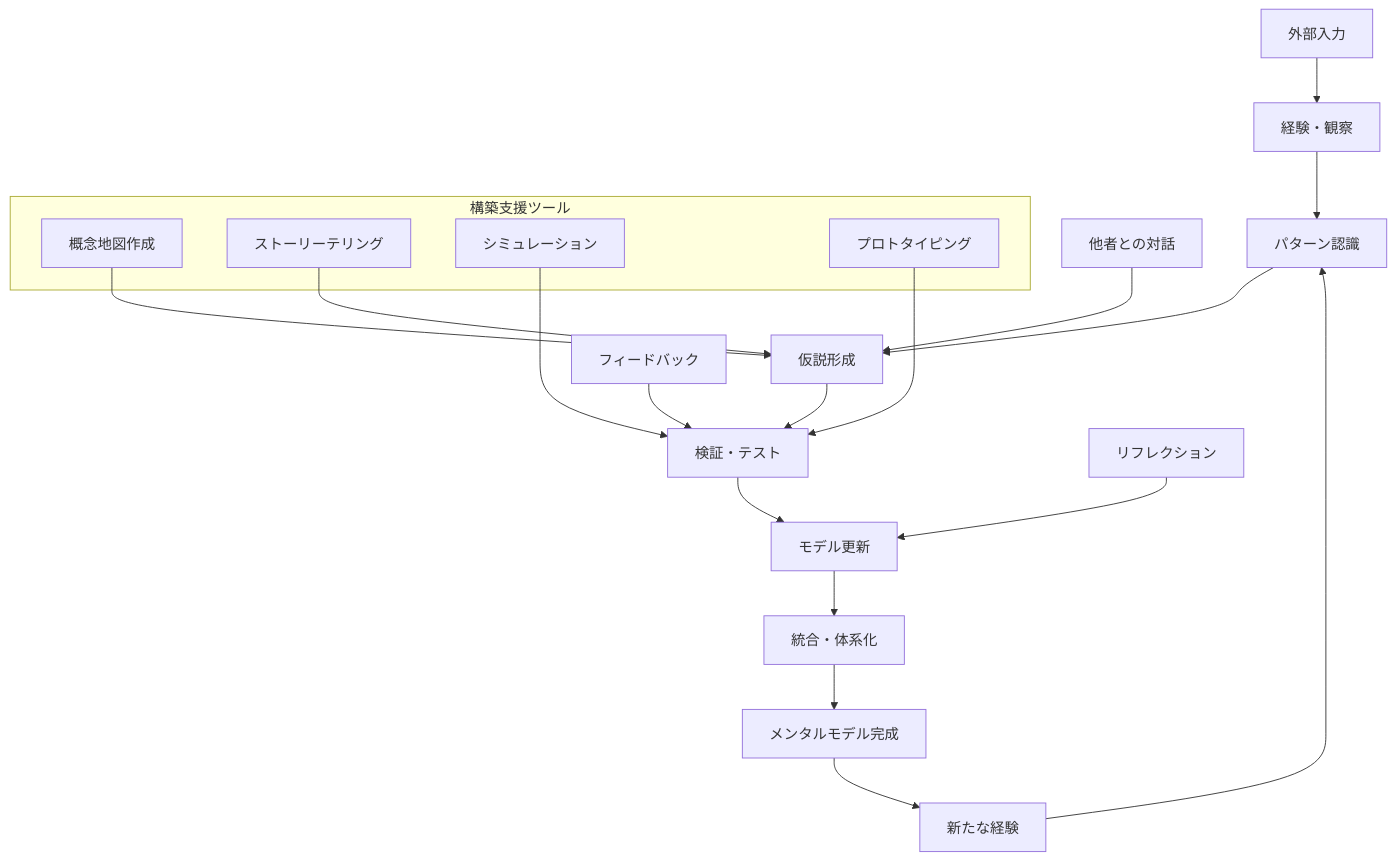
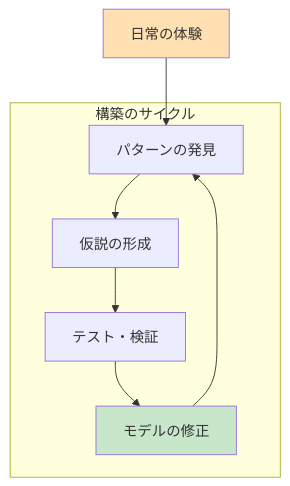
Before and after one commit to SparklingDetergent/doc_genai_mental_model: the fifth of 14 diagrams in README.md, drawn with Mermaid. The commit also changed other lines of this file, not shown here.

````diff
--- a/README.md
+++ b/README.md
@@ -106,33 +128,18 @@
 ```mermaid
 flowchart TD
-    A[経験・観察] --> B[パターン認識]
-    B --> C[仮説形成]
-    C --> D[検証・テスト]
-    D --> E[モデル更新]
-    E --> F[統合・体系化]
+    A[日常の体験] --> B[パターンの発見]
+    B --> C[仮説の形成]
+    C --> D[テスト・検証]
+    D --> E[モデルの修正]
+    E --> B
     
-    F --> G[メンタルモデル完成]
-    G --> H[新たな経験]
-    H --> B
-    
-    I[外部入力] --> A
-    J[他者との対話] --> C
-    K[フィードバック] --> D
-    L[リフレクション] --> E
-    
-    subgraph "構築支援ツール"
-        M[概念地図作成]
-        N[ストーリーテリング]
-        O[シミュレーション]
-        P[プロトタイピング]
+    subgraph "構築のサイクル"
+        B
+        C
+        D
+        E
     end
     
-    M --> C
-    N --> C
-    O --> D
-    P --> D
-    
-    click A "#理論的基盤"
-    click G "#可視化技術"
-    click H "#抽出方法論"
+    style A fill:#ffe0b2
+    style E fill:#c8e6c9
 ```
````
